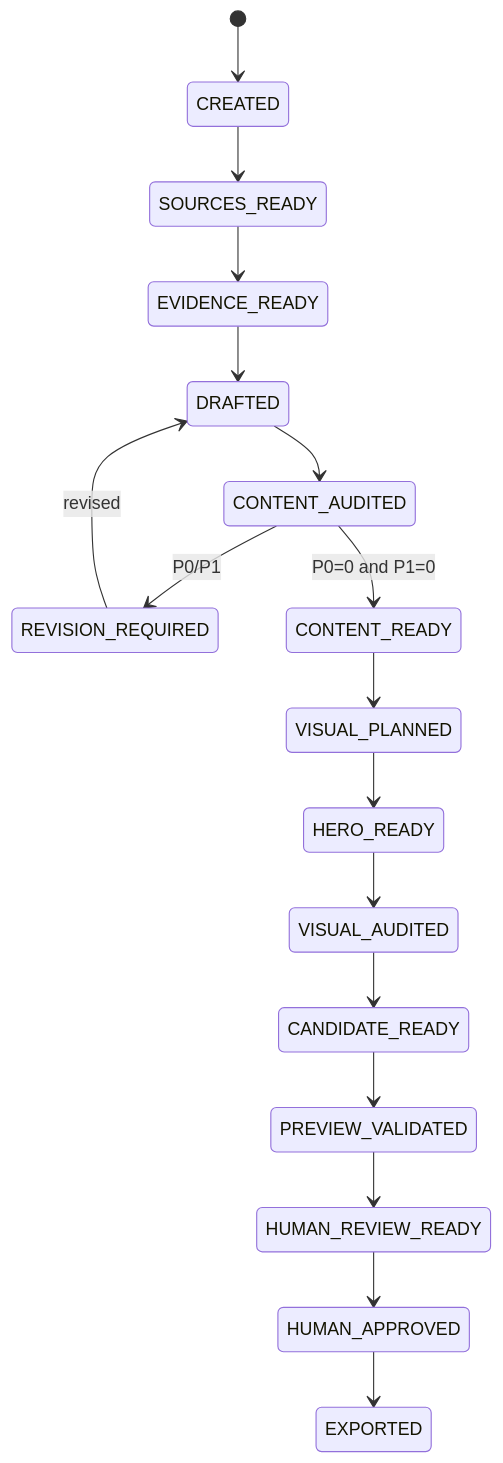
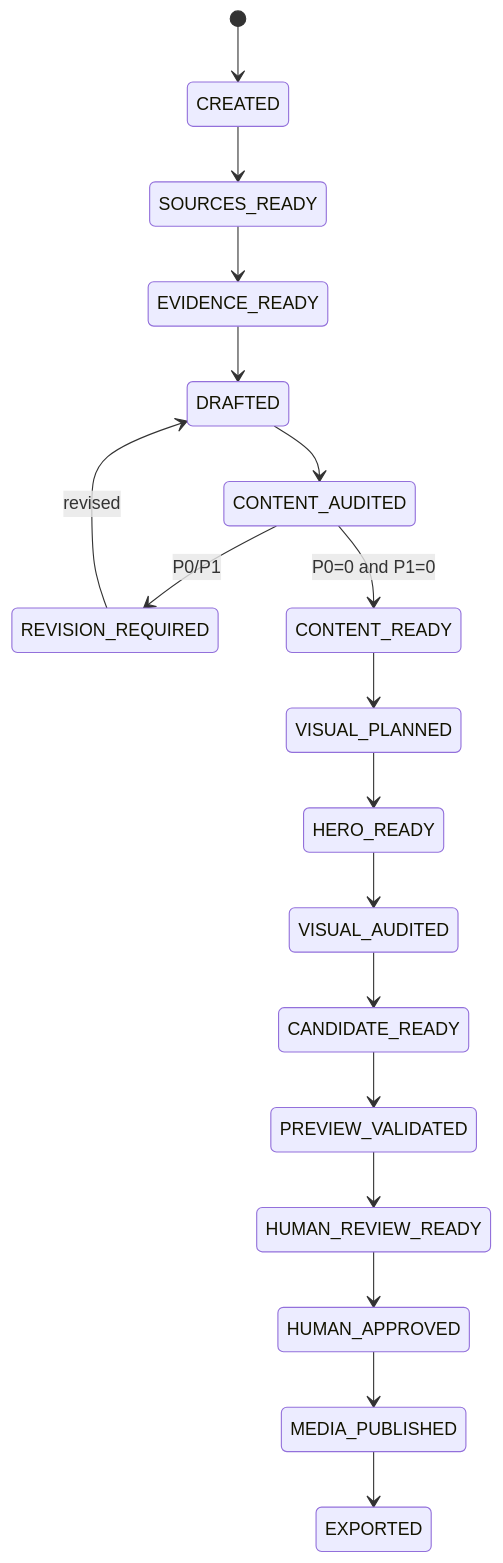
The diagram in docs/architecture/article-state-machine.md (Xpotato1024/xpotato-site), drawn with Mermaid before and after one commit. The commit also changed other lines of this file and 5 other files, not shown here.

````diff
--- a/docs/architecture/article-state-machine.md
+++ b/docs/architecture/article-state-machine.md
@@ -36,19 +37,20 @@
 ```mermaid
 stateDiagram-v2
     [*] --> CREATED
     CREATED --> SOURCES_READY
     SOURCES_READY --> EVIDENCE_READY
     EVIDENCE_READY --> DRAFTED
     DRAFTED --> CONTENT_AUDITED
     CONTENT_AUDITED --> REVISION_REQUIRED: P0/P1
     REVISION_REQUIRED --> DRAFTED: revised
     CONTENT_AUDITED --> CONTENT_READY: P0=0 and P1=0
     CONTENT_READY --> VISUAL_PLANNED
     VISUAL_PLANNED --> HERO_READY
     HERO_READY --> VISUAL_AUDITED
     VISUAL_AUDITED --> CANDIDATE_READY
     CANDIDATE_READY --> PREVIEW_VALIDATED
     PREVIEW_VALIDATED --> HUMAN_REVIEW_READY
     HUMAN_REVIEW_READY --> HUMAN_APPROVED
-    HUMAN_APPROVED --> EXPORTED
+    HUMAN_APPROVED --> MEDIA_PUBLISHED
+    MEDIA_PUBLISHED --> EXPORTED
 ```
````
